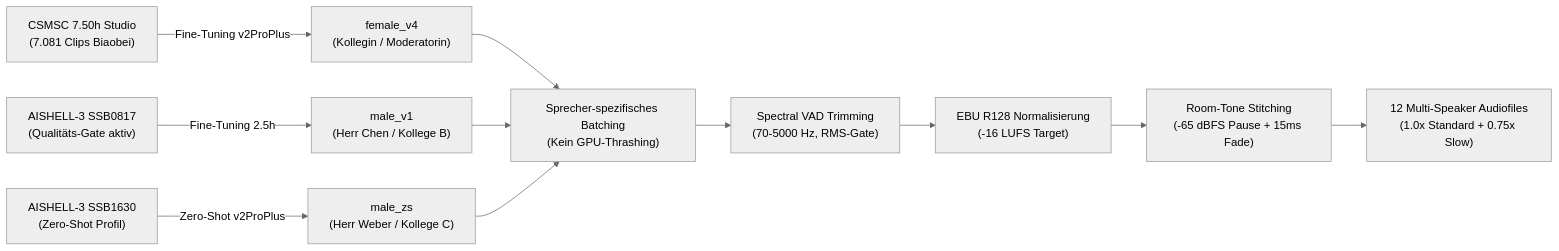
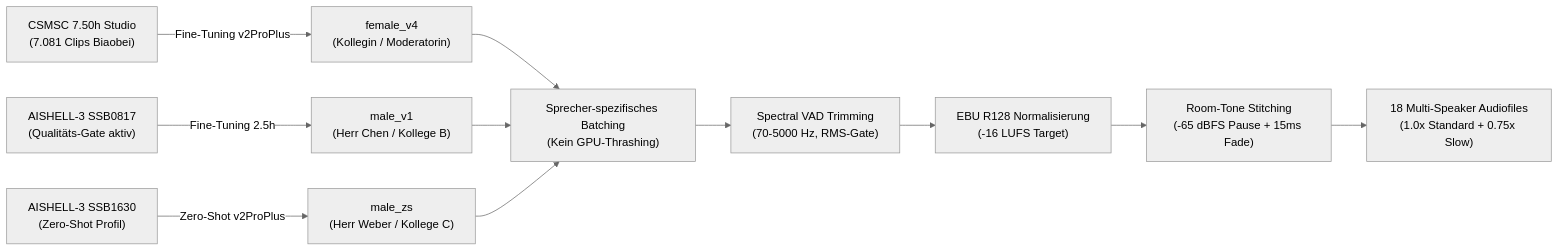
One commit to NikkuIsRyu/Nikku.github.io changed the second of 2 diagrams in src/content/docs/lectures/languages/chinese/index.mdx. Above: the diagram before and after it, drawn with Mermaid (neutral theme). The commit also changed other lines of this file and 8 other files, not shown here.

````diff
--- a/src/content/docs/lectures/languages/chinese/index.mdx
+++ b/src/content/docs/lectures/languages/chinese/index.mdx
@@ -727,12 +515,12 @@
 ```mermaid
 flowchart LR
     A["CSMSC 7.50h Studio<br/>(7.081 Clips Biaobei)"] -->|Fine-Tuning v2ProPlus| F["female_v4<br/>(Kollegin / Moderatorin)"]
     B["AISHELL-3 SSB0817<br/>(Qualitäts-Gate aktiv)"] -->|Fine-Tuning 2.5h| M1["male_v1<br/>(Herr Chen / Kollege B)"]
     C["AISHELL-3 SSB1630<br/>(Zero-Shot Profil)"] -->|Zero-Shot v2ProPlus| M2["male_zs<br/>(Herr Weber / Kollege C)"]
     
     F & M1 & M2 --> S["Sprecher-spezifisches Batching<br/>(Kein GPU-Thrashing)"]
     S --> VAD["Spectral VAD Trimming<br/>(70-5000 Hz, RMS-Gate)"]
     VAD --> N["EBU R128 Normalisierung<br/>(-16 LUFS Target)"]
     N --> R["Room-Tone Stitching<br/>(-65 dBFS Pause + 15ms Fade)"]
-    R --> OUT["12 Multi-Speaker Audiofiles<br/>(1.0x Standard + 0.75x Slow)"]
+    R --> OUT["18 Multi-Speaker Audiofiles<br/>(1.0x Standard + 0.75x Slow)"]
 ```
````
